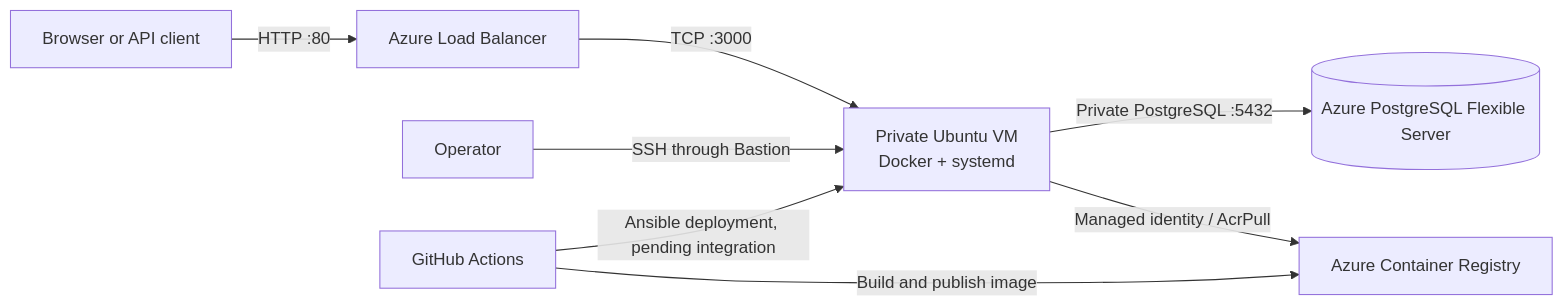
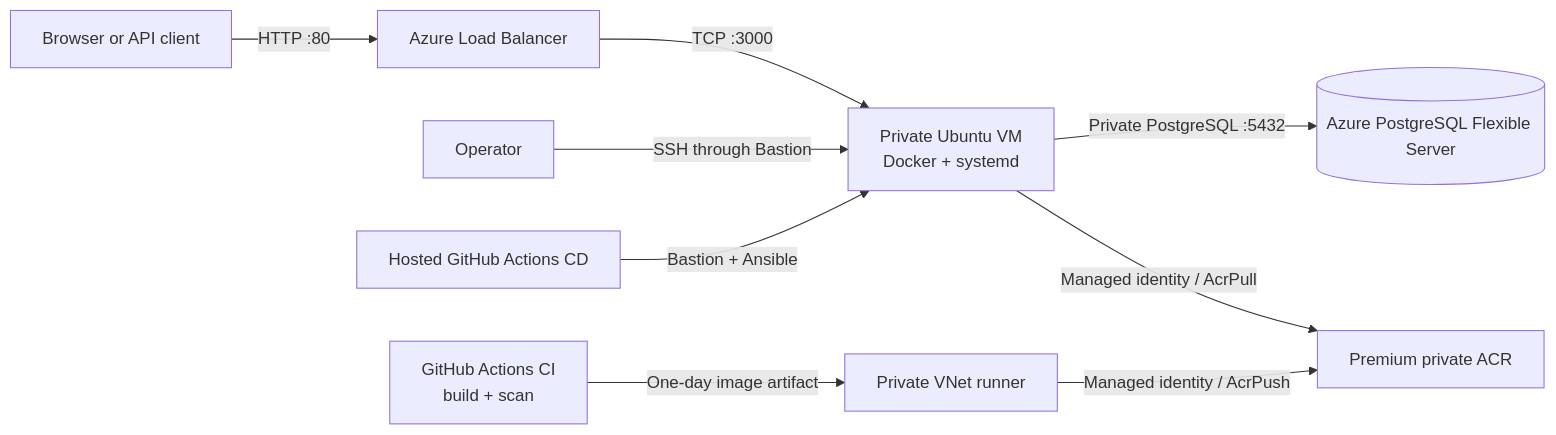
Before and after one commit to Kaerica/Project-foundation-and-secure-collaboration: the diagram in README.md, drawn with Mermaid. The commit also changed other lines of this file and 13 other files, not shown here.

Commit message:
private ACR endpoint and self-hosted runner

````diff
--- a/README.md
+++ b/README.md
@@ -34,10 +34,11 @@
 ```mermaid
 flowchart LR
   User[Browser or API client] -->|HTTP :80| LB[Azure Load Balancer]
   LB -->|TCP :3000| VM[Private Ubuntu VM\nDocker + systemd]
   VM -->|Private PostgreSQL :5432| DB[(Azure PostgreSQL Flexible Server)]
-  VM -->|Managed identity / AcrPull| ACR[Azure Container Registry]
+  VM -->|Managed identity / AcrPull| ACR[Premium private ACR]
   Operator -->|SSH through Bastion| VM
-  CI[GitHub Actions] -->|Build and publish image| ACR
-  CI -->|Ansible deployment, pending integration| VM
+  CI[GitHub Actions CI\nbuild + scan] -->|One-day image artifact| Runner[Private VNet runner]
+  Runner -->|Managed identity / AcrPush| ACR
+  CD[Hosted GitHub Actions CD] -->|Bastion + Ansible| VM
 ```
````
